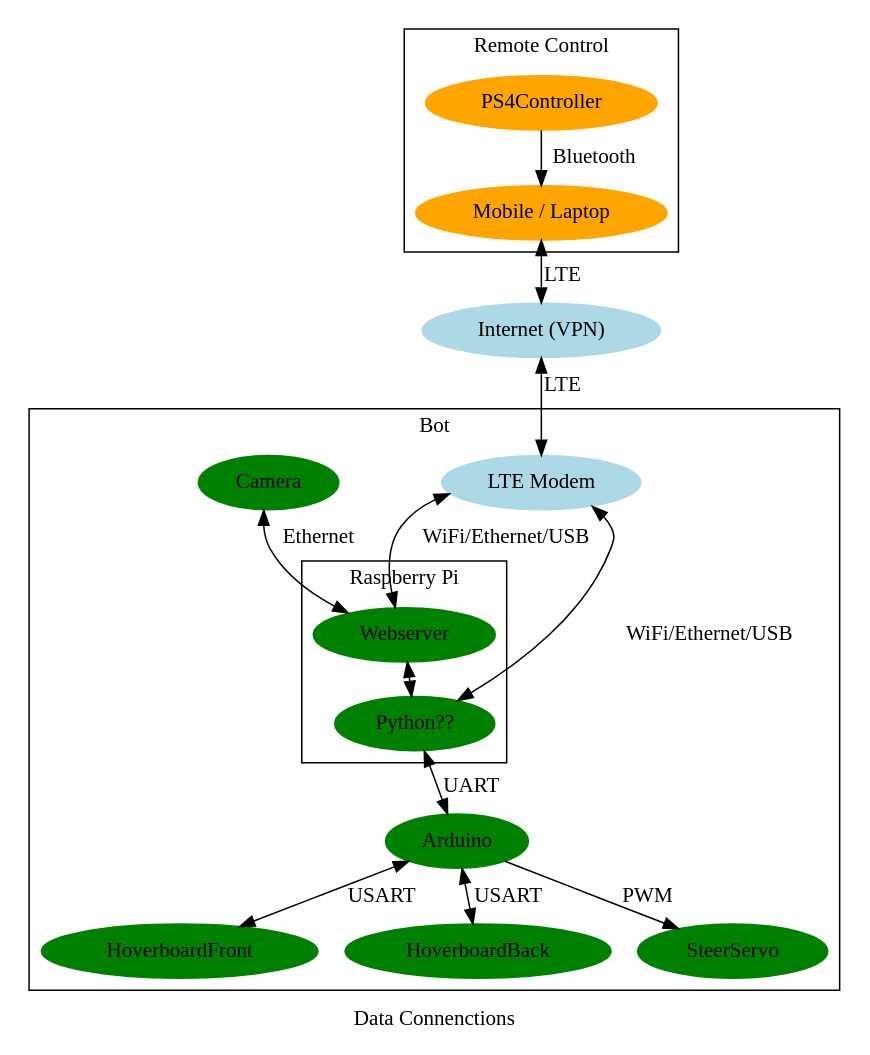
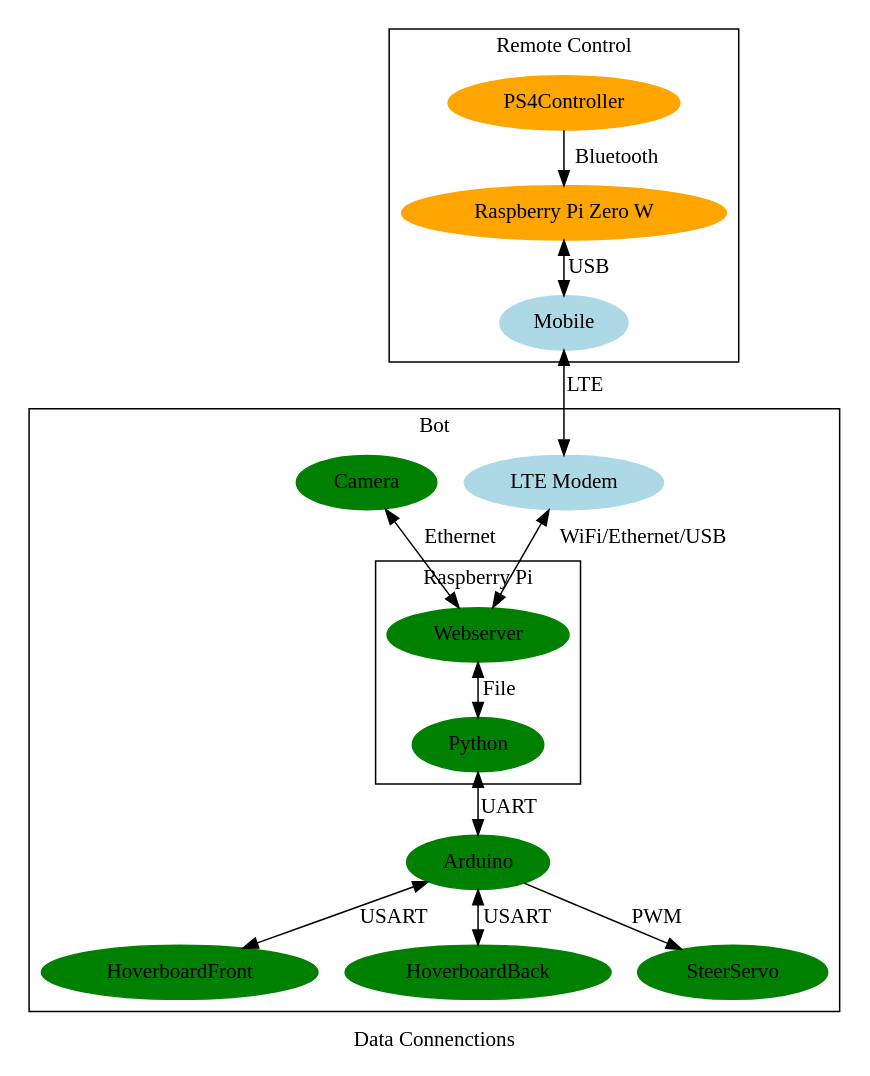
The diagram in docs/pictures/data_connections.dot (labrats-x7/Rover), drawn with Graphviz before and after one commit. The commit also changed 1 other file, not shown here.

```diff
--- a/docs/pictures/data_connections.dot
+++ b/docs/pictures/data_connections.dot
@@ -1,32 +1,33 @@
 digraph BOT {
     label="Data Connenctions"
     graph[class="RC"];
     ranksep="0.3"
     subgraph cluster_RC{
         node [style=filled,color=orange]
         label="Remote Control"
-        PS4Controller -> "Mobile / Laptop" [label = "Bluetooth"]
+        PS4Controller -> "Raspberry Pi Zero W" [label = Bluetooth]
+        node[color = lightblue]
+        "Raspberry Pi Zero W" -> Mobile [label = USB] [dir = both]
     }
     node [style = filled, color=lightblue]
-    "Mobile / Laptop" -> "Internet (VPN)" [label = "LTE"] [dir = both]
-    "Internet (VPN)"-> "LTE Modem" [label = "LTE"] [dir = both]
+    "Mobile" -> "LTE Modem" [label = "LTE"] [dir = both]
     subgraph cluster_Bot{
         
         graph[class="Bot"];
         node [style=filled,color=green]
         label="Bot"
         Camera -> Webserver [label = "Ethernet"][dir = both]
         Arduino -> HoverboardFront [label = "USART"] [dir = both]
         Arduino -> HoverboardBack [label = "USART"] [dir = both]
         Arduino -> SteerServo [label = "PWM"]  
-        "Python??" -> Arduino [label = "UART"] [dir = both]
+        "Python" -> Arduino [label = "UART"] [dir = both]
         "LTE Modem" -> Webserver [label = "WiFi/Ethernet/USB"] [dir = both]
-        "LTE Modem" -> "Python??" [label = "WiFi/Ethernet/USB"] [dir = both]
+
         subgraph cluster_Pi{
             graph[class="Pi"];
             node [style=filled,color=green]
             label="Raspberry Pi"
-            Webserver -> "Python??" [dir = both]
+            Webserver -> "Python" [label = File] [dir = both]
         }    
     }
  }
```
